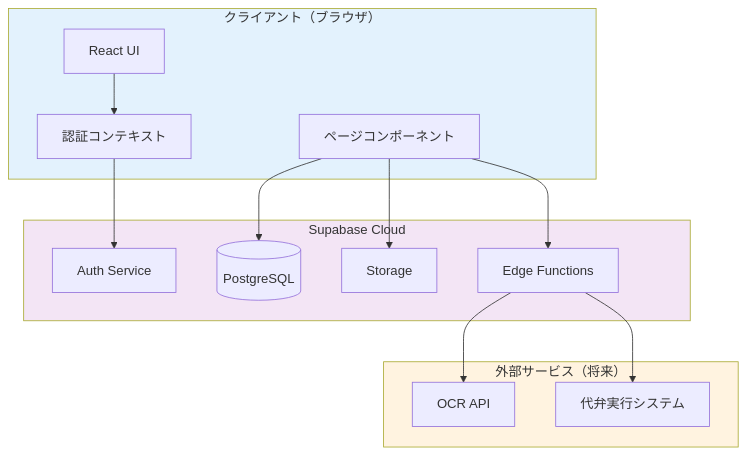
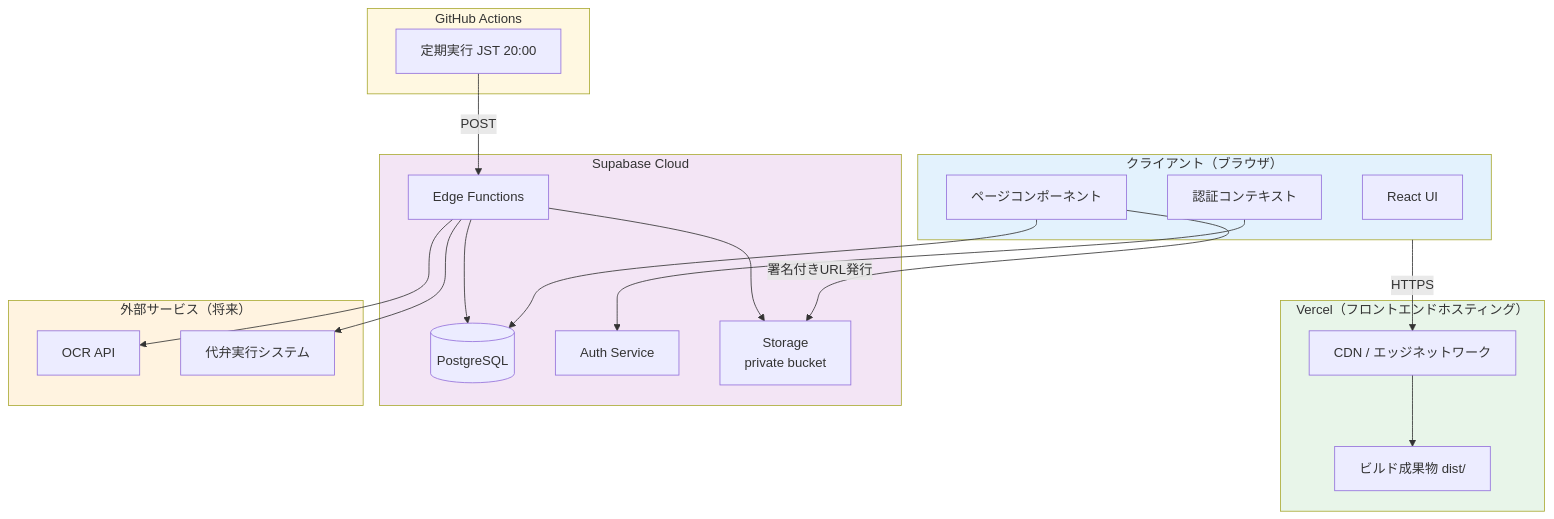
The diagram in docs/02_architecture.md (kakpu/payment-guarantee), drawn with Mermaid before and after one commit. The commit also changed other lines of this file and 4 other files, not shown here.

````diff
--- a/docs/02_architecture.md
+++ b/docs/02_architecture.md
@@ -14,32 +15,46 @@
 ```mermaid
 graph TB
     subgraph Client["クライアント（ブラウザ）"]
         UI[React UI]
         Auth[認証コンテキスト]
         Pages[ページコンポーネント]
     end
 
+    subgraph Vercel["Vercel（フロントエンドホスティング）"]
+        CDN[CDN / エッジネットワーク]
+        Build[ビルド成果物 dist/]
+    end
+
     subgraph Supabase["Supabase Cloud"]
         DB[(PostgreSQL)]
         AuthSvc[Auth Service]
-        Storage[Storage]
+        Storage[Storage\nprivate bucket]
         Functions[Edge Functions]
+    end
+
+    subgraph CI["GitHub Actions"]
+        Cron[定期実行 JST 20:00]
     end
 
     subgraph External["外部サービス（将来）"]
         OCR[OCR API]
         Batch[代弁実行システム]
     end
 
-    UI --> Auth
+    Client -->|HTTPS| CDN
+    CDN --> Build
     Auth --> AuthSvc
     Pages --> DB
-    Pages --> Storage
-    Pages --> Functions
+    Pages -->|署名付きURL発行| Storage
+    Cron -->|POST| Functions
+    Functions --> DB
+    Functions --> Storage
     Functions --> OCR
     Functions --> Batch
 
     style Client fill:#e3f2fd
+    style Vercel fill:#e8f5e9
     style Supabase fill:#f3e5f5
+    style CI fill:#fff8e1
     style External fill:#fff3e0
 ```
````
